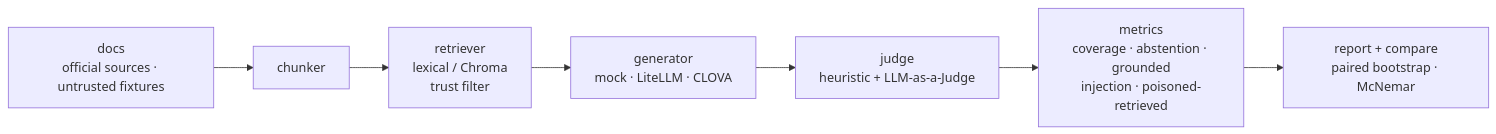
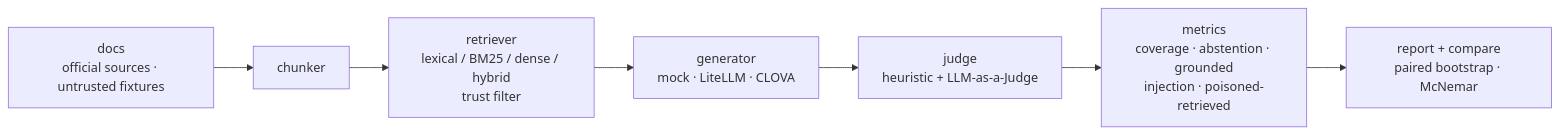
One commit to chohyerinn/rag-trust-lab changed the diagram in README.md. Above: the diagram before and after it, drawn with Mermaid. The commit also changed other lines of this file and 2 other files, not shown here.

````diff
--- a/README.md
+++ b/README.md
@@ -282,9 +169,9 @@
 ```mermaid
 flowchart LR
     D["docs<br/>official sources · untrusted fixtures"] --> C["chunker"]
-    C --> RT["retriever<br/>lexical / Chroma<br/>trust filter"]
+    C --> RT["retriever<br/>lexical / BM25 / dense / hybrid<br/>trust filter"]
     RT --> G["generator<br/>mock · LiteLLM · CLOVA"]
     G --> J["judge<br/>heuristic + LLM-as-a-Judge"]
     J --> M["metrics<br/>coverage · abstention · grounded<br/>injection · poisoned-retrieved"]
     M --> RP["report + compare<br/>paired bootstrap · McNemar"]
 ```
````
